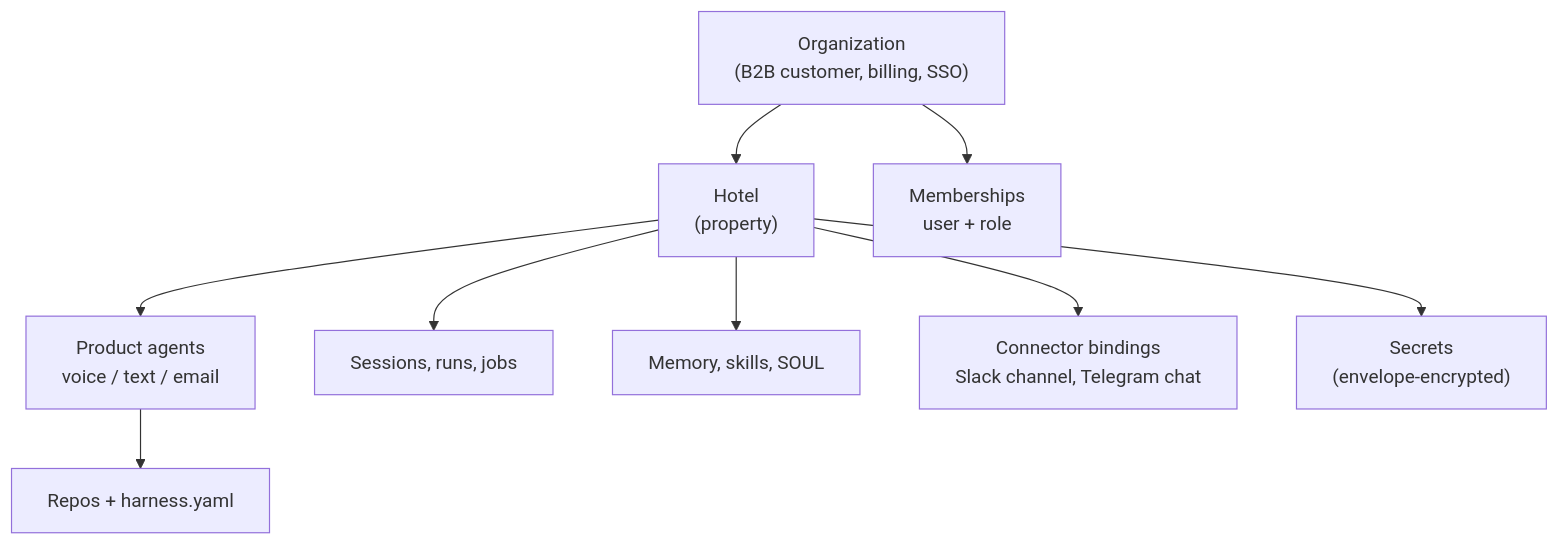
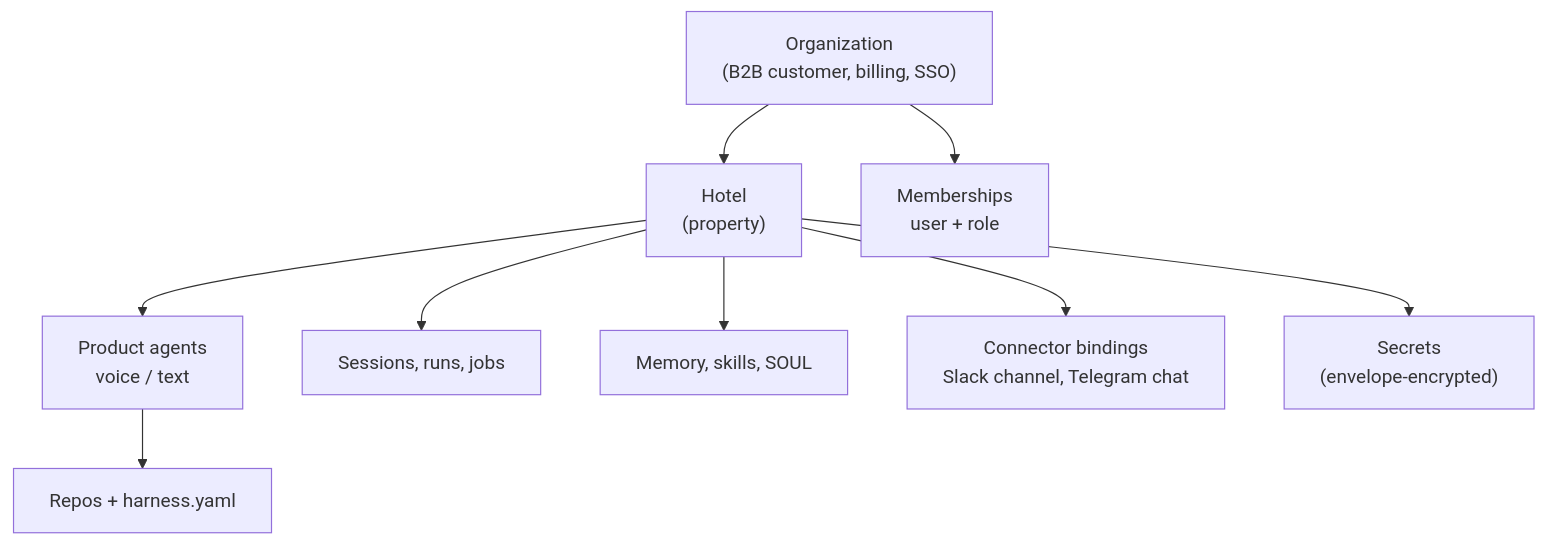
One commit to nikhilllmno/vorflux changed the second of 4 diagrams in docs/architecture.md. Above: the diagram before and after it, drawn with Mermaid. The commit also changed other lines of this file, not shown here.

First line of the commit message:
docs: apply round-4 answers: eval gate, BAML, standard hotel layout

````diff
--- a/docs/architecture.md
+++ b/docs/architecture.md
@@ -456,16 +480,16 @@
 ```mermaid
 ---
 config:
   flowchart:
     wrappingWidth: 1000
 ---
 flowchart TD
   ORG["Organization<br/>(B2B customer, billing, SSO)"] --> HOTEL["Hotel<br/>(property)"]
   ORG --> MEM["Memberships<br/>user + role"]
-  HOTEL --> PA["Product agents<br/>voice / text / email"]
+  HOTEL --> PA["Product agents<br/>voice / text"]
   PA --> REPO["Repos + harness.yaml"]
   HOTEL --> SESS["Sessions, runs, jobs"]
   HOTEL --> KNOW["Memory, skills, SOUL"]
   HOTEL --> CONN["Connector bindings<br/>Slack channel, Telegram chat"]
   HOTEL --> SEC["Secrets<br/>(envelope-encrypted)"]
 ```
````
